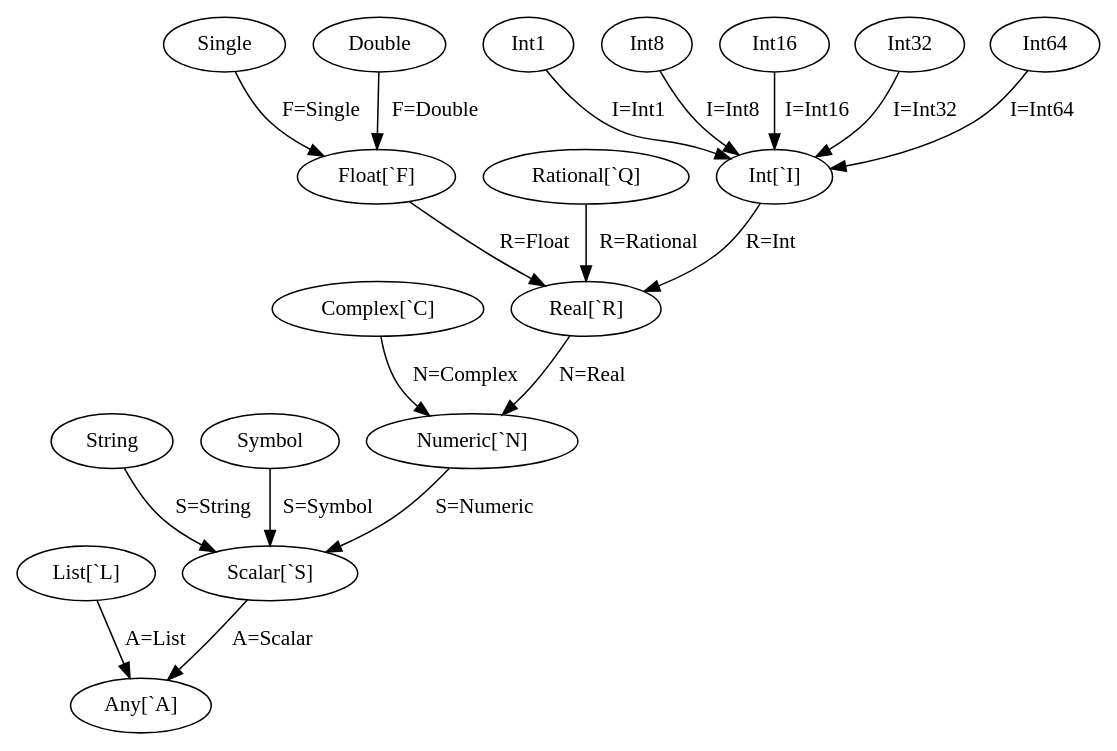
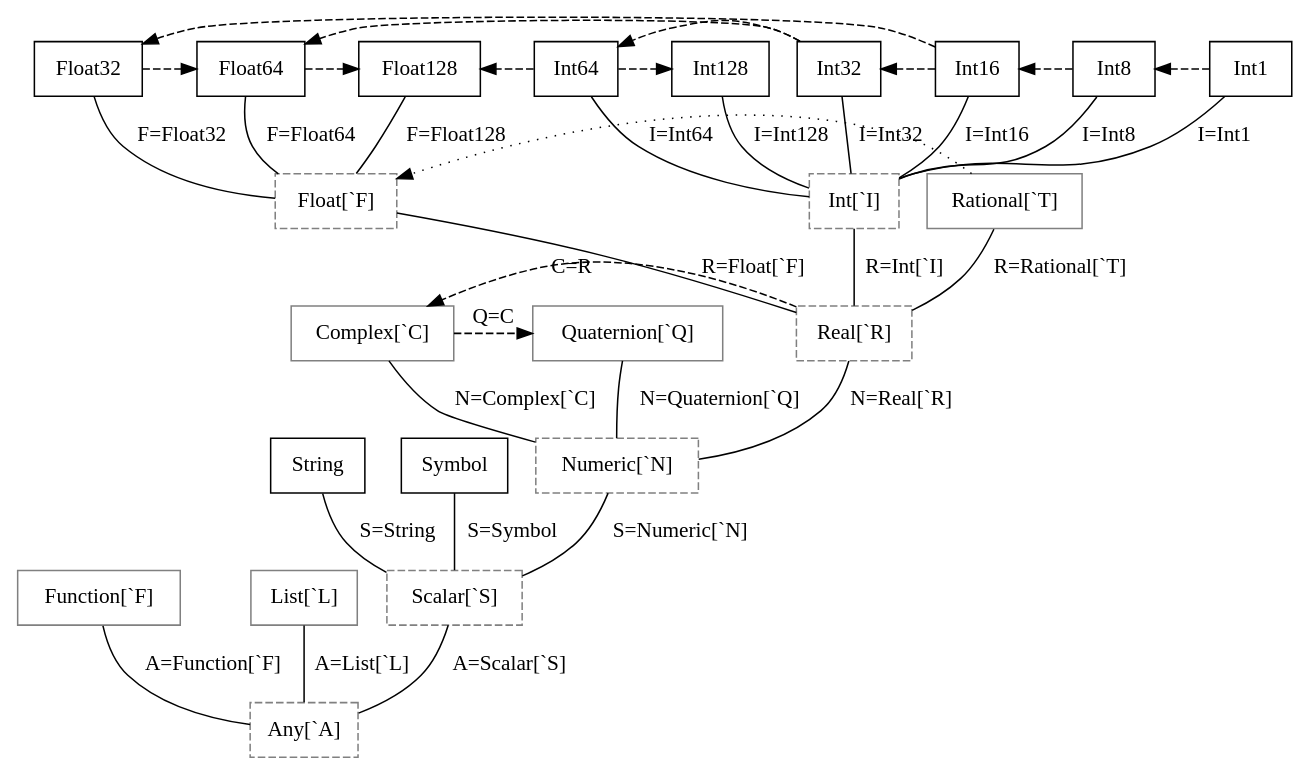
Before and after one commit to JuliaLang/julia: the diagram in types.dot, drawn with Graphviz. The commit also changed other lines of this file, not shown here.

Commit message:
Types DOT: More work on labeling and stuff.

```diff
--- a/types.dot
+++ b/types.dot
@@ -1,41 +1,81 @@
 digraph Types {
 
-  Int [label="Int[`I]"]
-  Float [label="Float[`F]"]
-  Rational [label="Rational[`Q]"]
-  Real [label="Real[`R]"]
+  node [shape=box, style=dashed, color=gray]
+
+  Int     [label="Int[`I]"]
+  Float   [label="Float[`F]"]
+  Real    [label="Real[`R]"]
   Numeric [label="Numeric[`N]"]
-  Scalar [label="Scalar[`S]"]
-  Complex [label="Complex[`C]"]
-  List [label="List[`L]"]
-  Any [label="Any[`A]"]
+  Scalar  [label="Scalar[`S]"]
+  Any     [label="Any[`A]"]
+
+  node [style=solid]
+
+  Complex    [label="Complex[`C]"]
+  Quaternion [label="Quaternion[`Q]"]
+  Rational   [label="Rational[`T]"]
+  Function   [label="Function[`F]"]
+  List       [label="List[`L]"]
+
+  node [color=black]
+  edge [dir=none]
 
   subgraph Scalars {
     subgraph Numerics {
       subgraph Reals { 
         subgraph Ints {
-          Int1  -> Int [label="I=Int1"];
-          Int8  -> Int [label="I=Int8"];
-          Int16 -> Int [label="I=Int16"];
-          Int32 -> Int [label="I=Int32"];
-          Int64 -> Int [label="I=Int64"];
+          Int1   -> Int [label="I=Int1"]
+          Int8   -> Int [label="I=Int8"]
+          Int16  -> Int [label="I=Int16"]
+          Int32  -> Int [label="I=Int32"]
+          Int64  -> Int [label="I=Int64"]
+          Int128 -> Int [label="I=Int128"]
         }
         subgraph Floats {
-          Single -> Float [label="F=Single"];
-          Double -> Float [label="F=Double"];
+          Float32  -> Float [label="F=Float32"]
+          Float64  -> Float [label="F=Float64"]
+          Float128 -> Float [label="F=Float128"]
         }
-        Int -> Real [label="R=Int"];
-        Float -> Real [label="R=Float"];
-        Rational -> Real [label="R=Rational"];
+        Int      -> Real [label="R=Int[`I]"]
+        Float    -> Real [label="R=Float[`F]"]
+        Rational -> Real [label="R=Rational[`T]"]
       }
-      Real -> Numeric [label="N=Real"];
-      Complex -> Numeric [label="N=Complex"];
+      Real       -> Numeric [label="N=Real[`R]"]
+      Complex    -> Numeric [label="N=Complex[`C]"]
+      Quaternion -> Numeric [label="N=Quaternion[`Q]"]
     }
-    Numeric -> Scalar [label="S=Numeric"];
-    String -> Scalar [label="S=String"];
-    Symbol -> Scalar [label="S=Symbol"];
+    Numeric -> Scalar [label="S=Numeric[`N]"]
+    String  -> Scalar [label="S=String"]
+    Symbol  -> Scalar [label="S=Symbol"]
   }
-  Scalar -> Any [label="A=Scalar"];
-  List -> Any [label="A=List"];
+  Function -> Any [label="A=Function[`F]"]
+  Scalar   -> Any [label="A=Scalar[`S]"]
+  List     -> Any [label="A=List[`L]"]
+
+  /* lossless conversions */
+
+  edge [dir=forward, constraint=false, style=dashed]
+
+  Int1  -> Int8
+  Int8  -> Int16
+  Int16 -> Int32
+  Int32 -> Int64
+  Int64 -> Int128
+
+  Float32 -> Float64
+  Float64 -> Float128
+
+  Int16 -> Float32
+  Int32 -> Float64
+  Int64 -> Float128
+
+  Real    -> Complex    [label="C=R"]
+  Complex -> Quaternion [label="Q=C"]
+
+  /* lossy conversion */
+
+  edge [style=dotted]
+
+  Rational -> Float
 
 }
```
